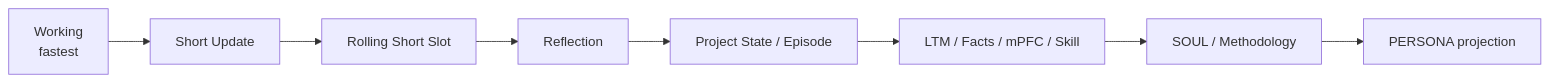
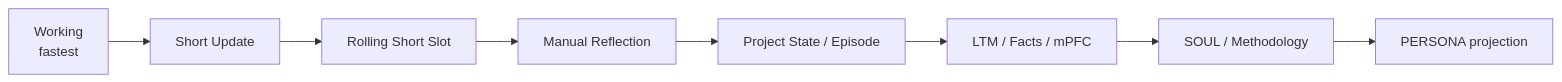
One commit to Ri0n72Y/agent-identity-cycle changed the second of 2 diagrams in docs/architecture.md. Above: the diagram before and after it, drawn with Mermaid. The commit also changed other lines of this file and 14 other files, not shown here.

````diff
--- a/docs/architecture.md
+++ b/docs/architecture.md
@@ -54,10 +65,10 @@
 ```mermaid
 flowchart LR
     A[Working\nfastest] --> B[Short Update]
     B --> C[Rolling Short Slot]
-    C --> D[Reflection]
+    C --> D[Manual Reflection]
     D --> E[Project State / Episode]
-    E --> F[LTM / Facts / mPFC / Skill]
+    E --> F[LTM / Facts / mPFC]
     F --> G[SOUL / Methodology]
     G --> H[PERSONA projection]
 ```
````
